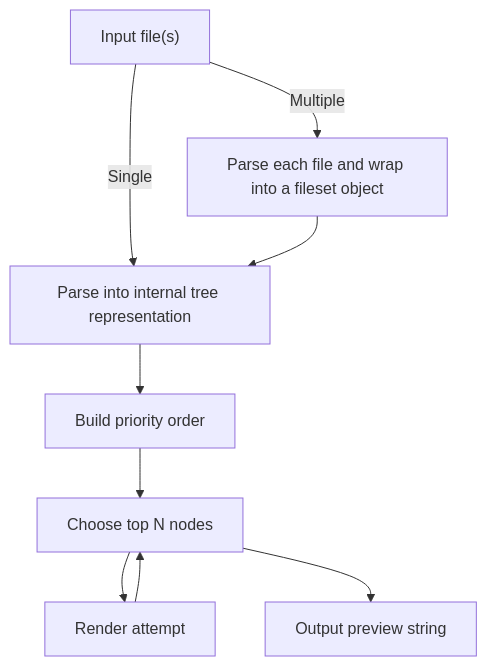
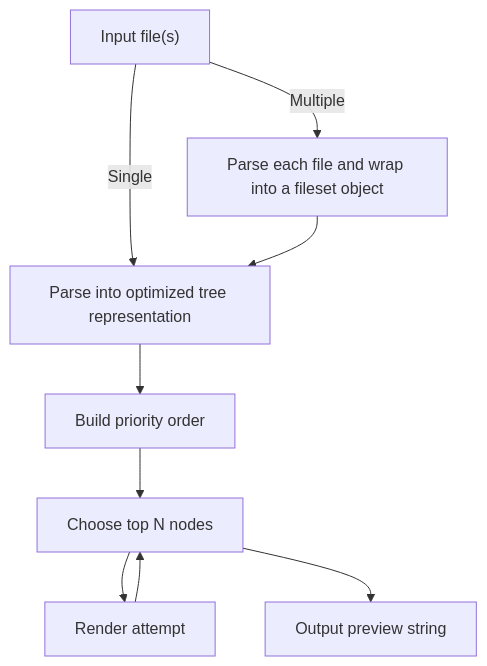
The diagram in README.md (kantord/headson), drawn with Mermaid before and after one commit.

````diff
--- a/README.md
+++ b/README.md
@@ -153,11 +153,11 @@
 ```mermaid
 flowchart TD
-    A["Input file(s)"] -- Single --> C["Parse into internal tree representation"]
+    A["Input file(s)"] -- Single --> C["Parse into optimized tree representation"]
     A -- Multiple --> D["Parse each file and wrap into a fileset object"]
     D --> C
     C --> E["Build priority order"]
     E --> F["Choose top N nodes"]
     F --> G["Render attempt"]
     G --> F
     F --> H["Output preview string"]
 ```
````
